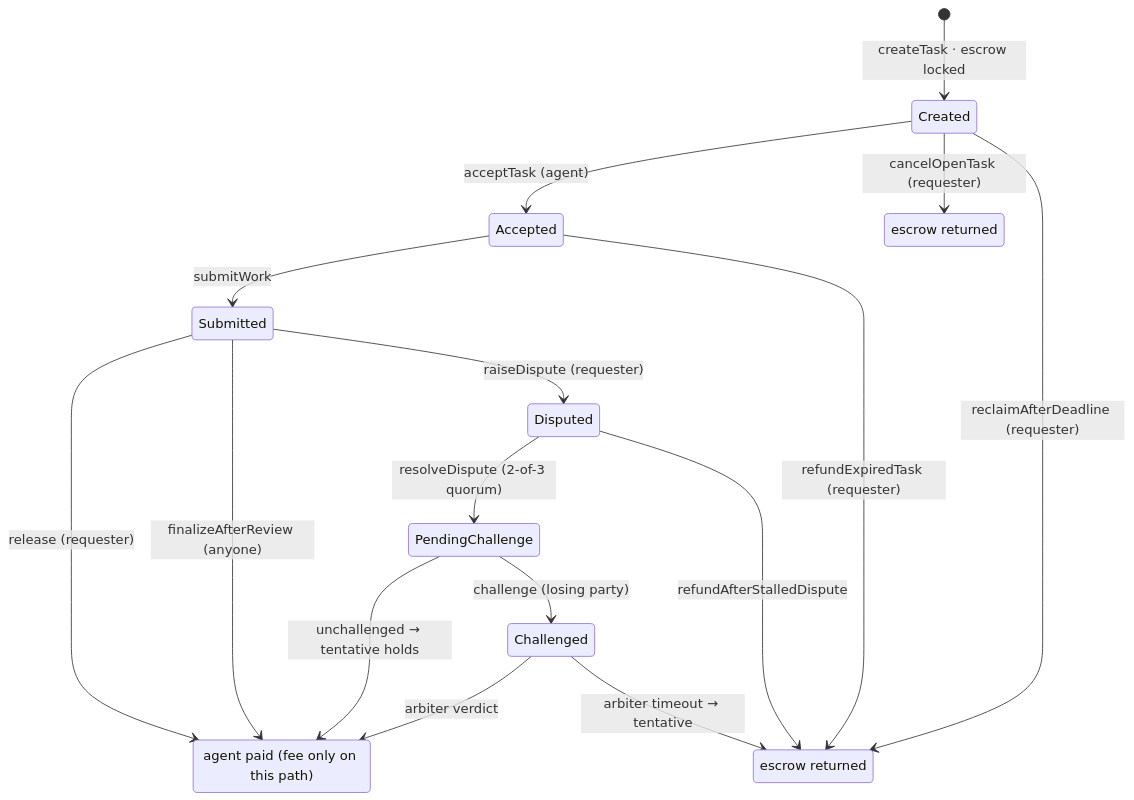
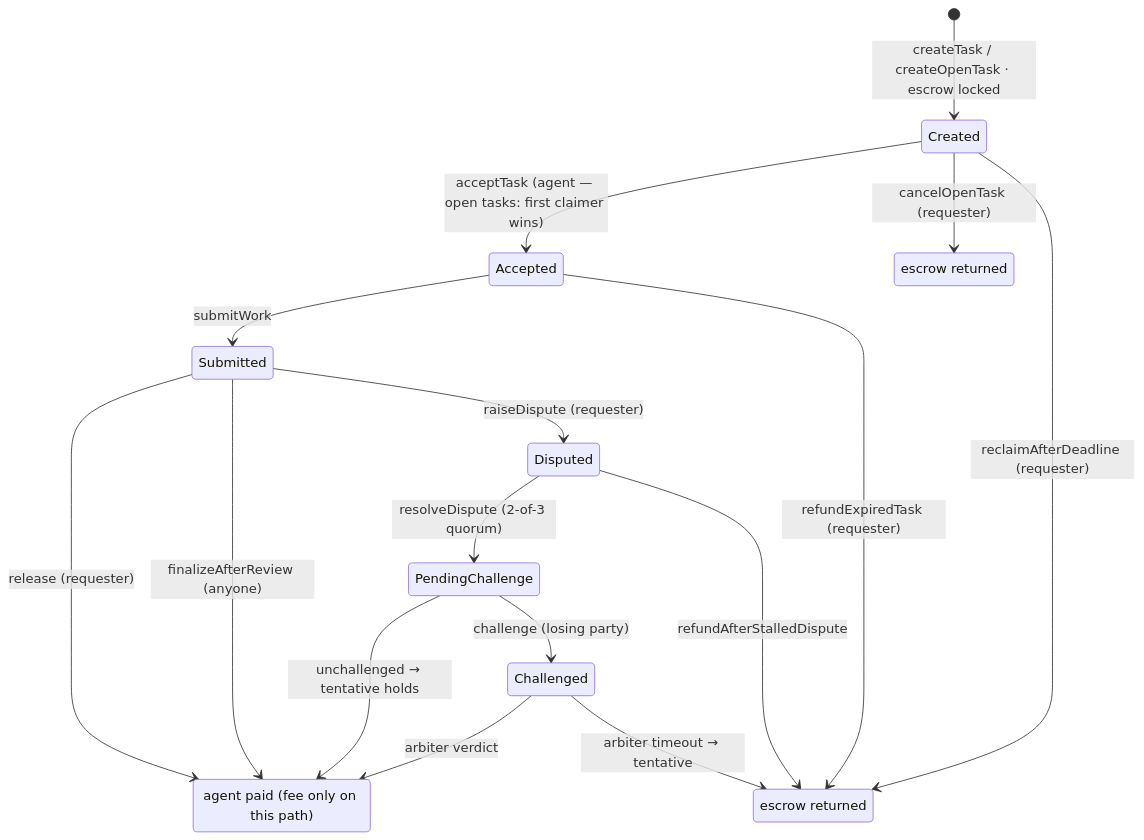
One commit to zynorr/Taskpay changed the second of 2 diagrams in README.md. Above: the diagram before and after it, drawn with Mermaid. The commit also changed other lines of this file and 29 other files, not shown here.

````diff
--- a/README.md
+++ b/README.md
@@ -79,21 +86,21 @@
 ```mermaid
 stateDiagram-v2
-    [*] --> Created : createTask · escrow locked
-    Created --> Accepted : acceptTask (agent)
+    [*] --> Created : createTask / createOpenTask · escrow locked
+    Created --> Accepted : acceptTask (agent — open tasks: first claimer wins)
     Created --> Cancelled : cancelOpenTask (requester)
     Created --> Refunded : reclaimAfterDeadline (requester)
     Accepted --> Submitted : submitWork
     Accepted --> Refunded : refundExpiredTask (requester)
     Submitted --> Released : release (requester)
     Submitted --> Released : finalizeAfterReview (anyone)
     Submitted --> Disputed : raiseDispute (requester)
     Disputed --> PendingChallenge : resolveDispute (2-of-3 quorum)
     Disputed --> Refunded : refundAfterStalledDispute
     PendingChallenge --> Released : unchallenged → tentative holds
     PendingChallenge --> Challenged : challenge (losing party)
     Challenged --> Released : arbiter verdict
     Challenged --> Refunded : arbiter timeout → tentative
     Released : agent paid (fee only on this path)
     Refunded : escrow returned
     Cancelled : escrow returned
 ```
````
